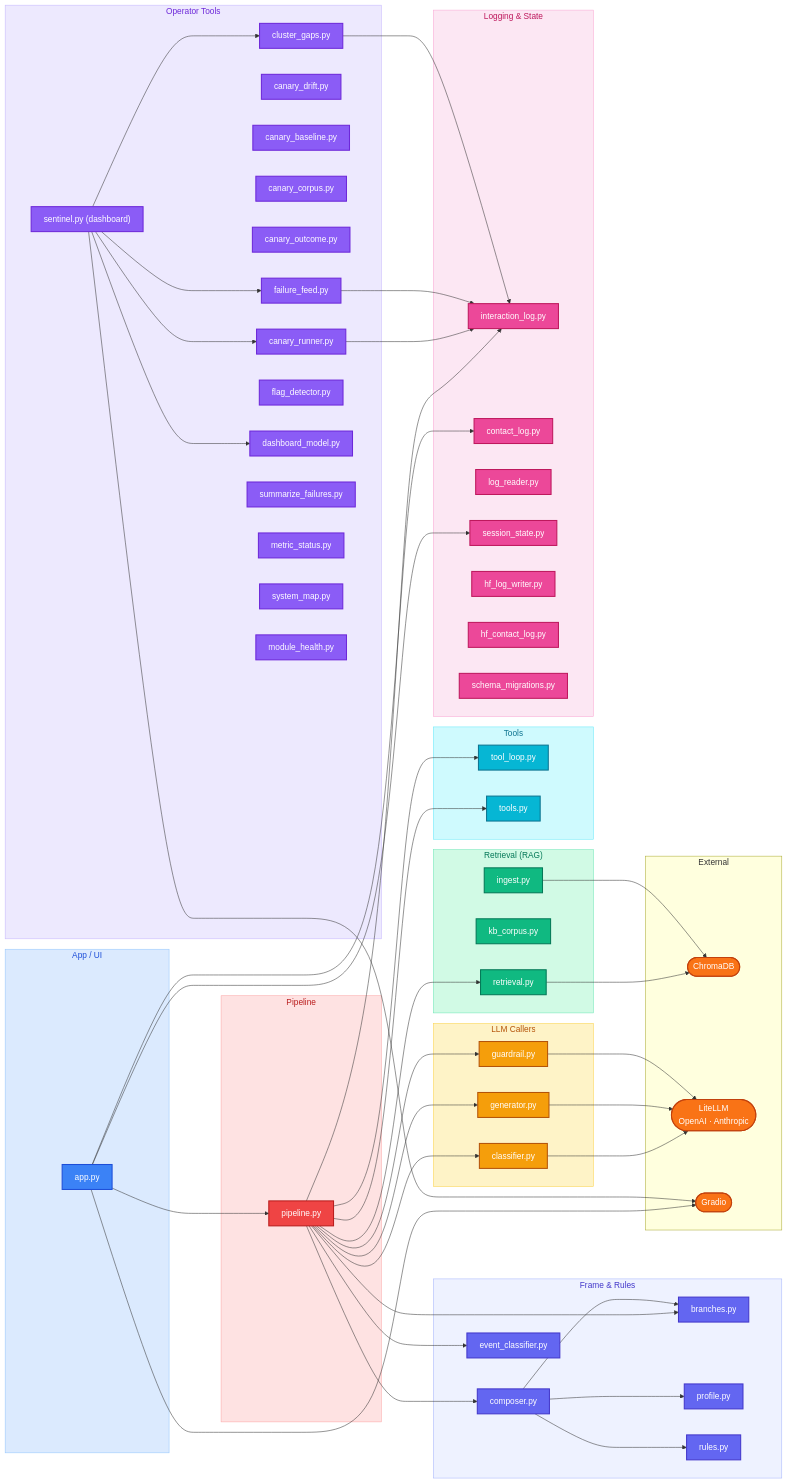
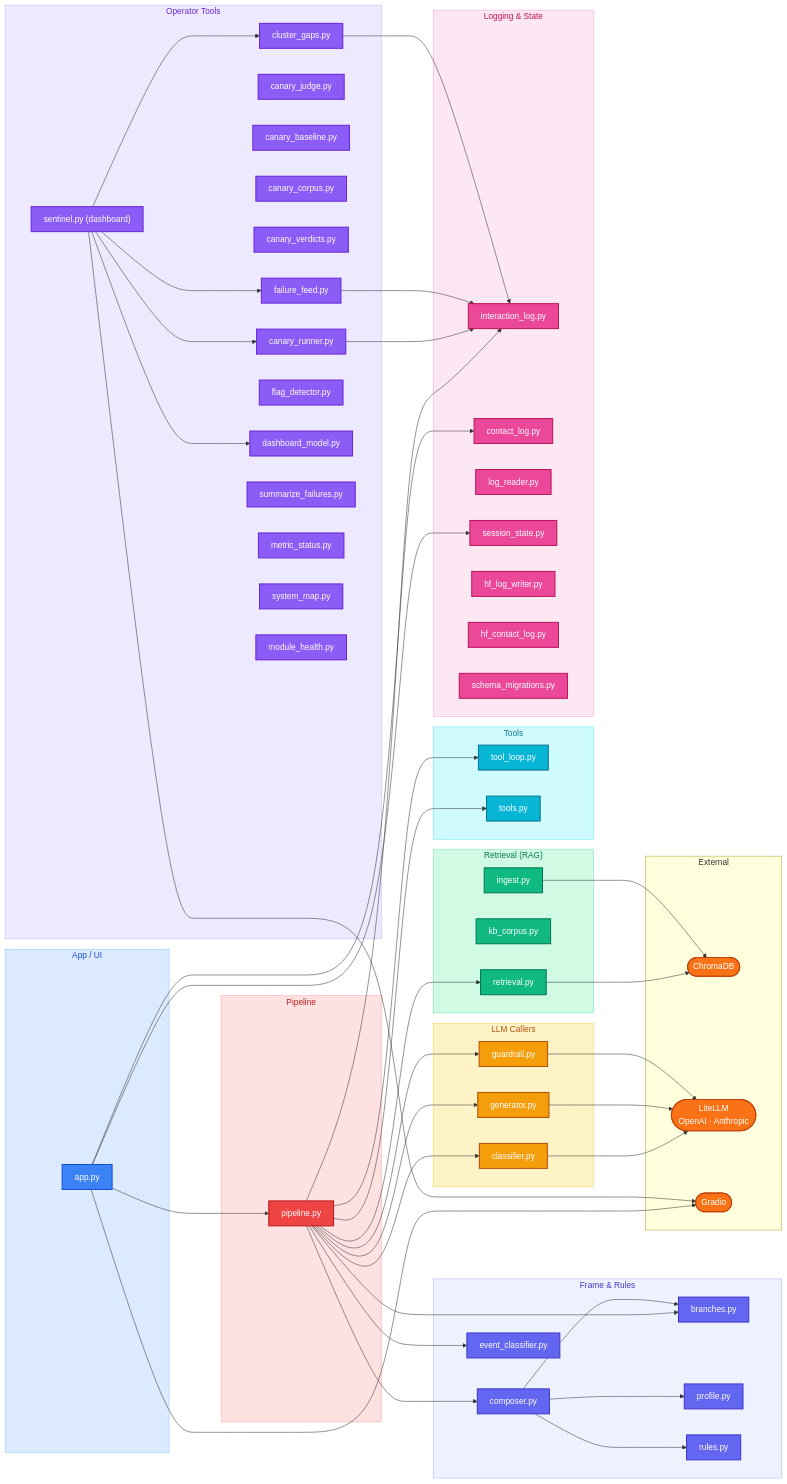
Before and after one commit to AlejandroFuentePinero/digital-twin: the second of 2 diagrams in README.md, drawn with Mermaid. The commit also changed other lines of this file and 27 other files, not shown here.

```diff
--- a/README.md
+++ b/README.md
@@ -127,10 +127,10 @@
   subgraph sg_tooling["Operator Tools"]
     sentinel["sentinel.py (dashboard)"]:::tooling
     canary_runner["canary_runner.py"]:::tooling
-    canary_drift["canary_drift.py"]:::tooling
+    canary_judge["canary_judge.py"]:::tooling
     canary_baseline["canary_baseline.py"]:::tooling
     canary_corpus["canary_corpus.py"]:::tooling
-    canary_outcome["canary_outcome.py"]:::tooling
+    canary_verdicts["canary_verdicts.py"]:::tooling
     cluster_gaps["cluster_gaps.py"]:::tooling
     failure_feed["failure_feed.py"]:::tooling
     flag_detector["flag_detector.py"]:::tooling
```
